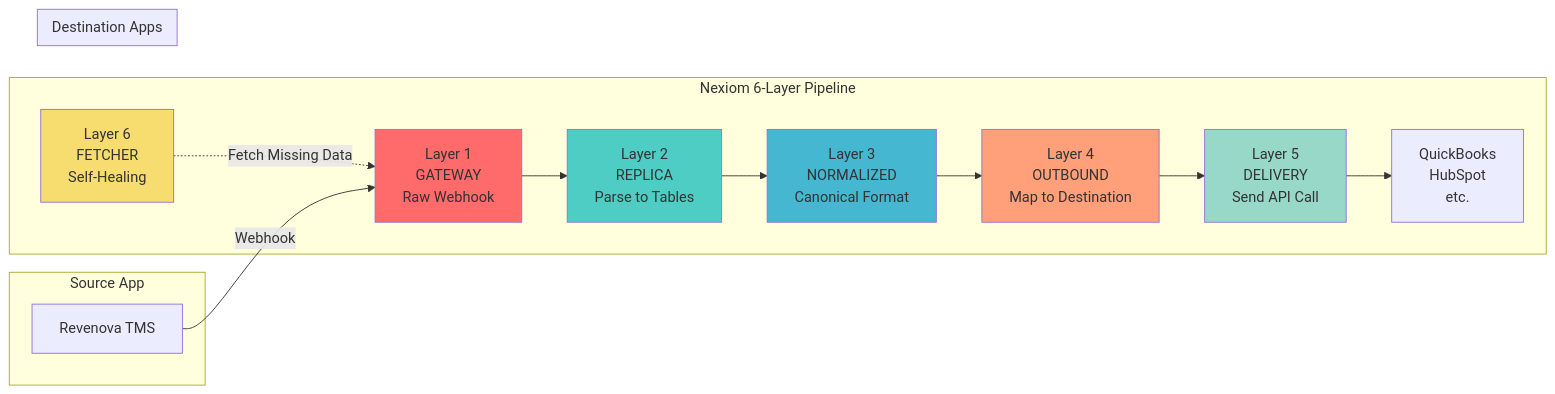
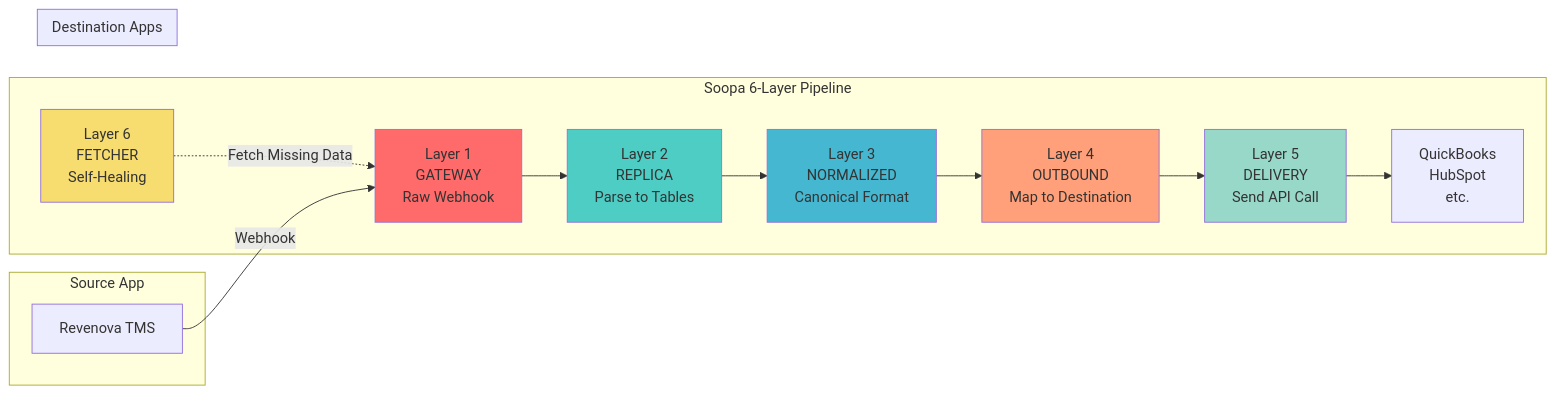
Before and after one commit to pramodnarayana/nexiom: the third of 18 diagrams in docs/draft/00_complete_product_understanding.md, drawn with Mermaid. The commit also changed other lines of this file and 148 other files, not shown here.

````diff
--- a/docs/draft/00_complete_product_understanding.md
+++ b/docs/draft/00_complete_product_understanding.md
@@ -135,35 +135,35 @@
 ```mermaid
 graph LR
     subgraph "Source App"
         REVENOVA[Revenova TMS]
     end
     
-    subgraph "Nexiom 6-Layer Pipeline"
+    subgraph "Soopa 6-Layer Pipeline"
         L1[Layer 1<br/>GATEWAY<br/>Raw Webhook]
         L2[Layer 2<br/>REPLICA<br/>Parse to Tables]
         L3[Layer 3<br/>NORMALIZED<br/>Canonical Format]
         L4[Layer 4<br/>OUTBOUND<br/>Map to Destination]
         L5[Layer 5<br/>DELIVERY<br/>Send API Call]
         L6[Layer 6<br/>FETCHER<br/>Self-Healing]
         
         L1 --> L2
         L2 --> L3
         L3 --> L4
         L4 --> L5
         L5 --> DEST
         L6 -.->|Fetch Missing Data| L1
     end
     
     subgraph "Destination Apps"
         DEST[QuickBooks<br/>HubSpot<br/>etc.]
     end
     
     REVENOVA -->|Webhook| L1
     
     style L1 fill:#FF6B6B
     style L2 fill:#4ECDC4
     style L3 fill:#45B7D1
     style L4 fill:#FFA07A
     style L5 fill:#98D8C8
     style L6 fill:#F7DC6F
 ```
````
